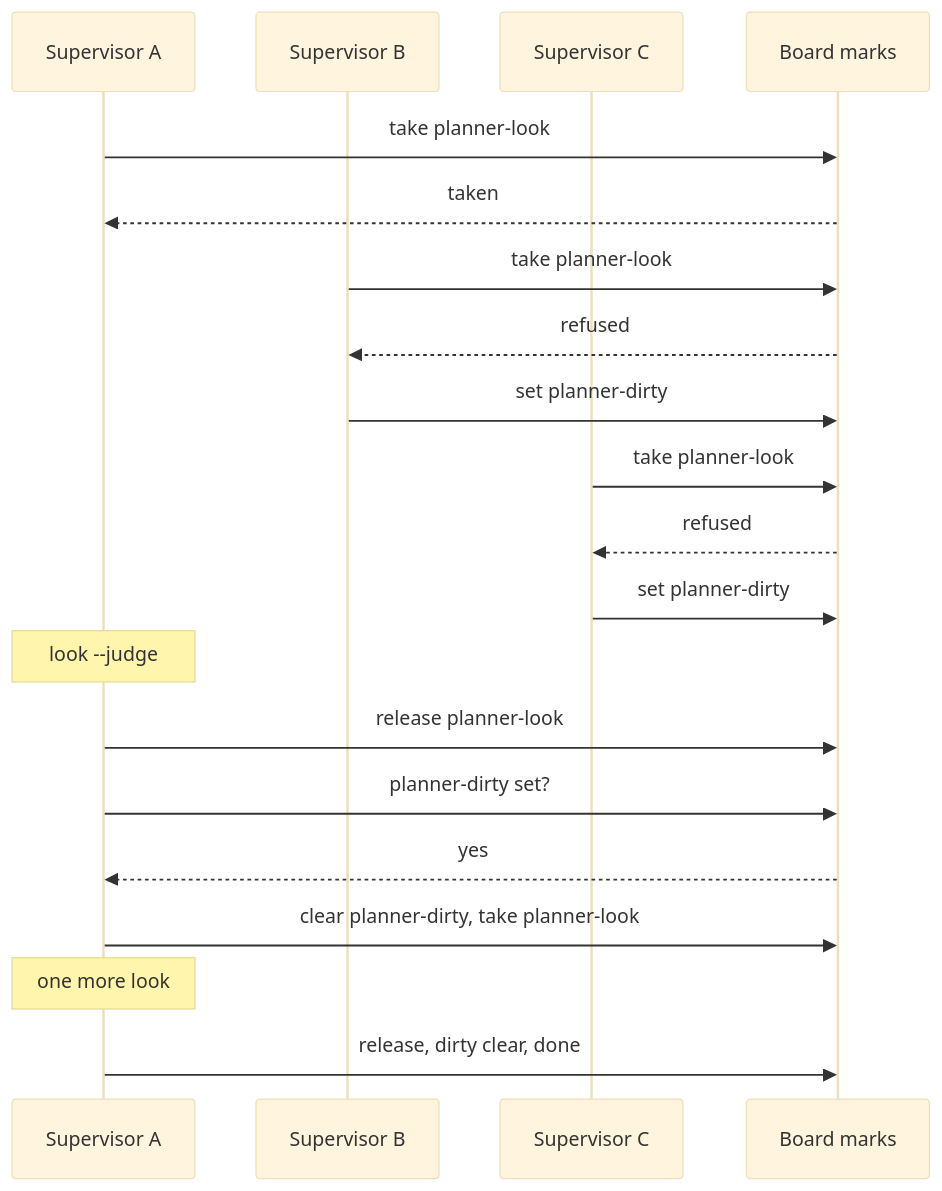
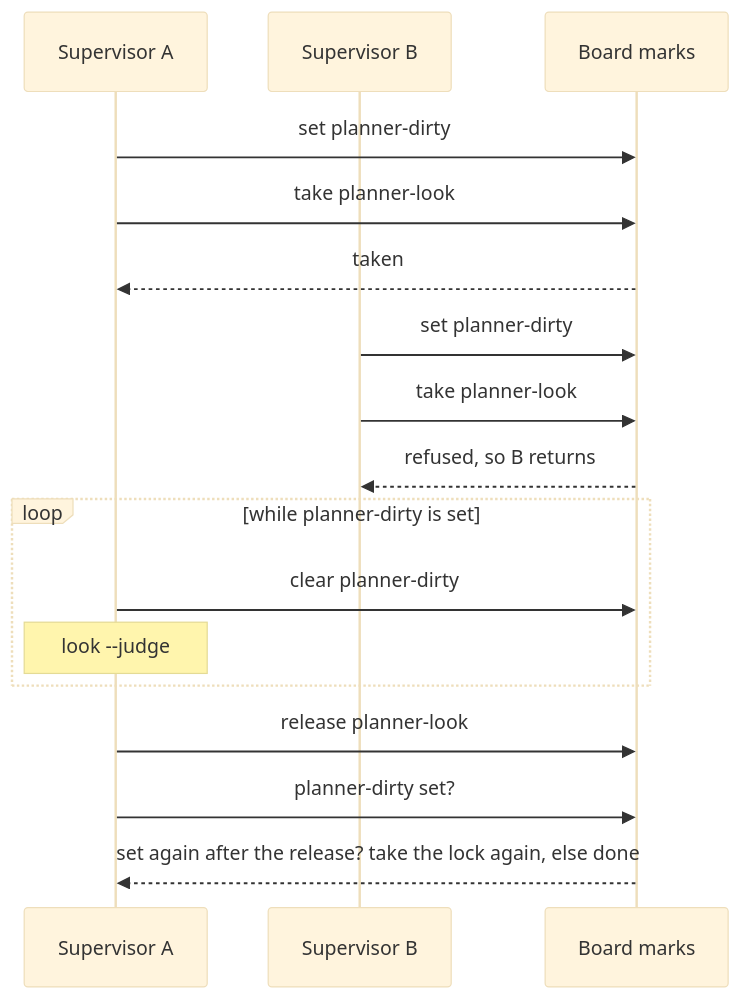
Before and after one commit to ProlesDei/maestro: the third of 7 diagrams in docs/design/t3-runtime.md, drawn with Mermaid (base theme). The commit also changed other lines of this file, not shown here.

````diff
--- a/docs/design/t3-runtime.md
+++ b/docs/design/t3-runtime.md
@@ -119,22 +140,19 @@
 ```mermaid
 sequenceDiagram
   participant A as Supervisor A
   participant B as Supervisor B
-  participant C as Supervisor C
   participant M as Board marks
+  A->>M: set planner-dirty
   A->>M: take planner-look
   M-->>A: taken
+  B->>M: set planner-dirty
   B->>M: take planner-look
-  M-->>B: refused
-  B->>M: set planner-dirty
-  C->>M: take planner-look
-  M-->>C: refused
-  C->>M: set planner-dirty
-  Note over A: look --judge
+  M-->>B: refused, so B returns
+  loop while planner-dirty is set
+    A->>M: clear planner-dirty
+    Note over A: look --judge
+  end
   A->>M: release planner-look
   A->>M: planner-dirty set?
-  M-->>A: yes
-  A->>M: clear planner-dirty, take planner-look
-  Note over A: one more look
-  A->>M: release, dirty clear, done
+  M-->>A: set again after the release? take the lock again, else done
 ```
````
